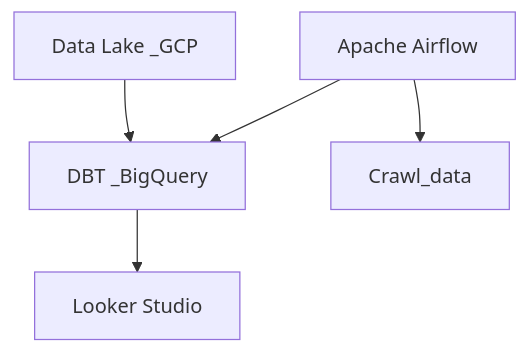
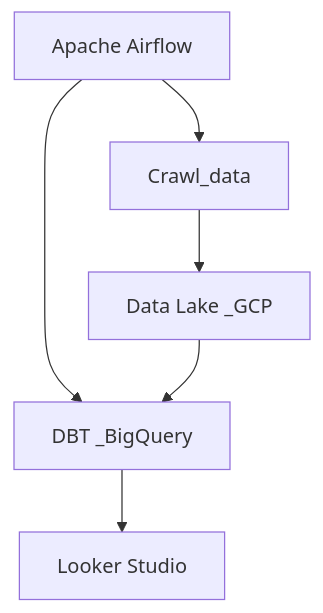
One commit to pKietDE/bds-dbt-bq-looker changed the diagram in README.md. Above: the diagram before and after it, drawn with Mermaid.

````diff
--- a/README.md
+++ b/README.md
@@ -73,8 +73,9 @@
 ```mermaid
 graph TD
     A[Apache Airflow] --> C[DBT _BigQuery]
     A --> E[Crawl_data]
+    E --> B
     B[Data Lake _GCP] --> C
     C --> D[Looker Studio]
 
 ```
````
